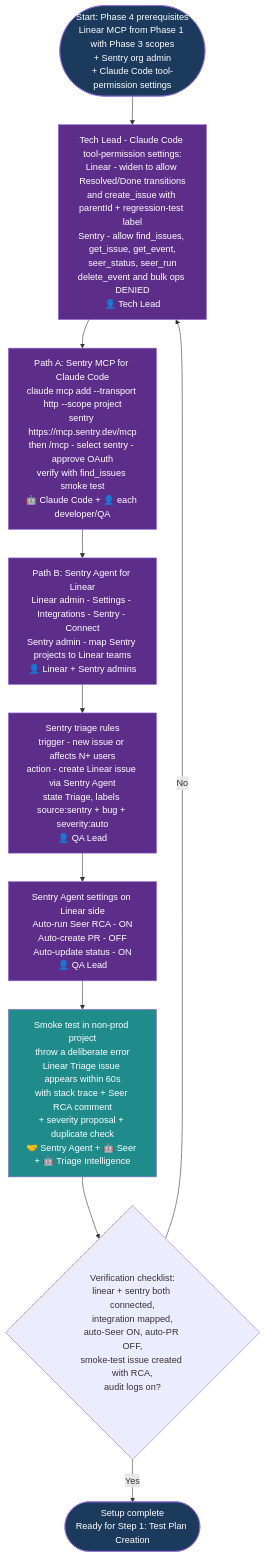
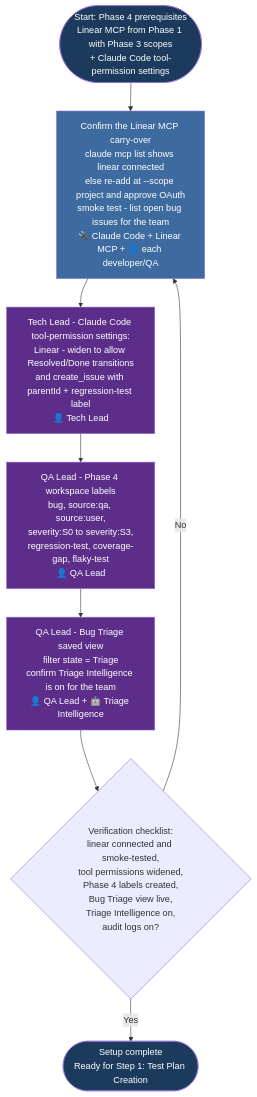
One commit to kalpat-allion/ai-dlc changed the first of 10 diagrams in aidlc-phases/04-testing-and-qa/FLOWCHART.md. Above: the diagram before and after it, drawn with Mermaid. The commit also changed other lines of this file and 39 other files, not shown here.

````diff
--- a/aidlc-phases/04-testing-and-qa/FLOWCHART.md
+++ b/aidlc-phases/04-testing-and-qa/FLOWCHART.md
@@ -71,34 +68,28 @@
 ```mermaid
 flowchart TD
-    S0_START([Start: Phase 4 prerequisites<br/>Linear MCP from Phase 1 with Phase 3 scopes<br/>+ Sentry org admin<br/>+ Claude Code tool-permission settings]) --> S0_ANTH
+    S0_START([Start: Phase 4 prerequisites<br/>Linear MCP from Phase 1 with Phase 3 scopes<br/>+ Claude Code tool-permission settings]) --> S0_MCP
 
-    S0_ANTH[Tech Lead - Claude Code tool-permission settings:<br/>Linear - widen to allow Resolved/Done transitions<br/>and create_issue with parentId + regression-test label<br/>Sentry - allow find_issues, get_issue, get_event,<br/>seer_status, seer_run<br/>delete_event and bulk ops DENIED<br/>👤 Tech Lead]
-    S0_ANTH --> S0_PA
+    S0_MCP[Confirm the Linear MCP carry-over<br/>claude mcp list shows linear connected<br/>else re-add at --scope project and approve OAuth<br/>smoke test - list open bug issues for the team<br/>🔌 Claude Code + Linear MCP + 👤 each developer/QA]
+    S0_MCP --> S0_PERM
 
-    S0_PA[Path A: Sentry MCP for Claude Code<br/>claude mcp add --transport http --scope project<br/>sentry https://mcp.sentry.dev/mcp<br/>then /mcp - select sentry - approve OAuth<br/>verify with find_issues smoke test<br/>🤖 Claude Code + 👤 each developer/QA]
-    S0_PA --> S0_PB
+    S0_PERM[Tech Lead - Claude Code tool-permission settings:<br/>Linear - widen to allow Resolved/Done transitions<br/>and create_issue with parentId + regression-test label<br/>👤 Tech Lead]
+    S0_PERM --> S0_LABELS
 
-    S0_PB[Path B: Sentry Agent for Linear<br/>Linear admin - Settings - Integrations - Sentry - Connect<br/>Sentry admin - map Sentry projects to Linear teams<br/>👤 Linear + Sentry admins]
-    S0_PB --> S0_PC
+    S0_LABELS[QA Lead - Phase 4 workspace labels<br/>bug, source:qa, source:user,<br/>severity:S0 to severity:S3,<br/>regression-test, coverage-gap, flaky-test<br/>👤 QA Lead]
+    S0_LABELS --> S0_VIEW
 
-    S0_PC[Sentry triage rules<br/>trigger - new issue or affects N+ users<br/>action - create Linear issue via Sentry Agent<br/>state Triage, labels source:sentry + bug + severity:auto<br/>👤 QA Lead]
-    S0_PC --> S0_PD
+    S0_VIEW[QA Lead - Bug Triage saved view<br/>filter state = Triage<br/>confirm Triage Intelligence is on for the team<br/>👤 QA Lead + 🤖 Triage Intelligence]
+    S0_VIEW --> S0_VERIFY
 
-    S0_PD[Sentry Agent settings on Linear side<br/>Auto-run Seer RCA - ON<br/>Auto-create PR - OFF<br/>Auto-update status - ON<br/>👤 QA Lead]
-    S0_PD --> S0_TEST
+    S0_VERIFY{Verification checklist:<br/>linear connected and smoke-tested,<br/>tool permissions widened,<br/>Phase 4 labels created,<br/>Bug Triage view live,<br/>Triage Intelligence on,<br/>audit logs on?}
 
-    S0_TEST[Smoke test in non-prod project<br/>throw a deliberate error<br/>Linear Triage issue appears within 60s<br/>with stack trace + Seer RCA comment<br/>+ severity proposal + duplicate check<br/>🤝 Sentry Agent + 🤖 Seer + 🤖 Triage Intelligence]
-    S0_TEST --> S0_VERIFY{Verification checklist:<br/>linear + sentry both connected,<br/>integration mapped,<br/>auto-Seer ON, auto-PR OFF,<br/>smoke-test issue created with RCA,<br/>audit logs on?}
-
-    S0_VERIFY -- No --> S0_ANTH
+    S0_VERIFY -- No --> S0_MCP
     S0_VERIFY -- Yes --> S0_END([Setup complete<br/>Ready for Step 1: Test Plan Creation])
 
     style S0_START fill:#1B3A5C,color:#fff
     style S0_END fill:#1B3A5C,color:#fff
-    style S0_ANTH fill:#5C2E8A,color:#fff
-    style S0_PA fill:#5C2E8A,color:#fff
-    style S0_PB fill:#5C2E8A,color:#fff
-    style S0_PC fill:#5C2E8A,color:#fff
-    style S0_PD fill:#5C2E8A,color:#fff
-    style S0_TEST fill:#1F8B8B,color:#fff
+    style S0_MCP fill:#3D6B9F,color:#fff
+    style S0_PERM fill:#5C2E8A,color:#fff
+    style S0_LABELS fill:#5C2E8A,color:#fff
+    style S0_VIEW fill:#5C2E8A,color:#fff
 ```
````
